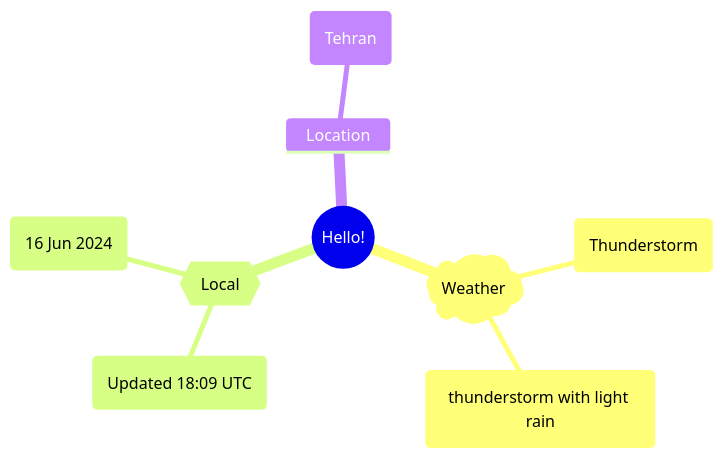
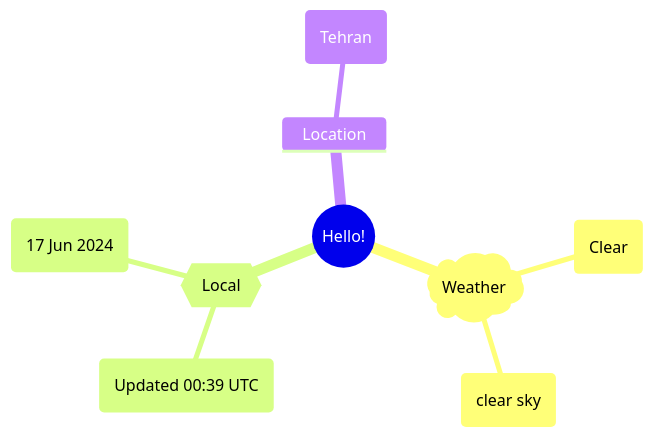
Before and after one commit to Xosrov/Xosrov: the first of 2 diagrams in README.md, drawn with Mermaid.

Commit message:
[bot] updated images

````diff
--- a/README.md
+++ b/README.md
@@ -3,12 +3,12 @@
 ```mermaid
 mindmap
   root((Hello!))
     )Weather(
-        (Thunderstorm)
-        (thunderstorm with light rain)
+        (Clear)
+        (clear sky)
     {{Local}}
-        (Updated 18:09 UTC)
-        (16 Jun 2024)
+        (Updated 00:39 UTC)
+        (17 Jun 2024)
     Location
         (Tehran)
 ```
````
